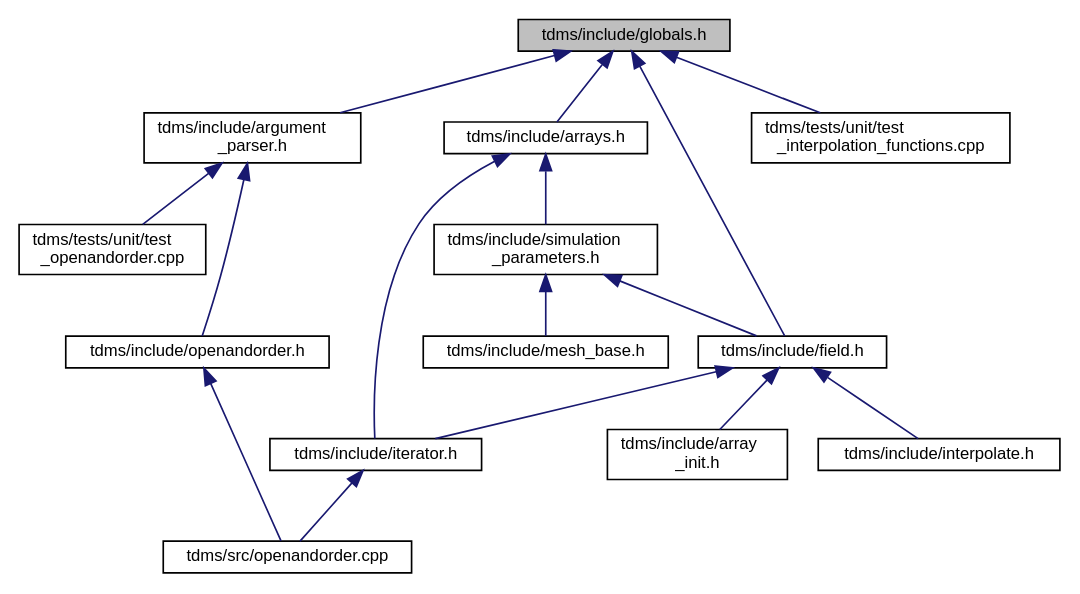
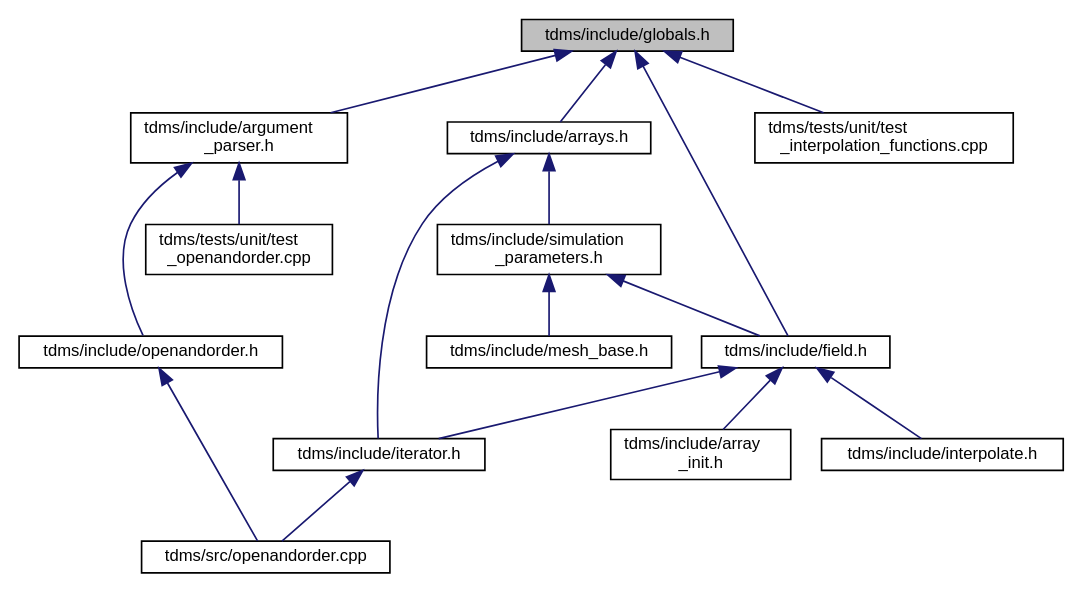
One commit to UCL/TDMS changed the diagram in globals_8h__dep__incl.dot. Above: the diagram before and after it, drawn with Graphviz. The commit also changed 324 other files, not shown here.

```diff
--- a/globals_8h__dep__incl.dot
+++ b/globals_8h__dep__incl.dot
@@ -1,34 +1,34 @@
 digraph "tdms/include/globals.h"
 {
  // LATEX_PDF_SIZE
   edge [fontname="Helvetica",fontsize="10",labelfontname="Helvetica",labelfontsize="10"];
   node [fontname="Helvetica",fontsize="10",shape=record];
   Node1 [label="tdms/include/globals.h",height=0.2,width=0.4,color="black", fillcolor="grey75", style="filled", fontcolor="black",tooltip="Type definitions and global constants."];
   Node1 -> Node2 [dir="back",color="midnightblue",fontsize="10",style="solid",fontname="Helvetica"];
   Node2 [label="tdms/include/argument\l_parser.h",height=0.2,width=0.4,color="black", fillcolor="white", style="filled",URL="$argument__parser_8h.html",tooltip="Parse the command line options."];
   Node2 -> Node3 [dir="back",color="midnightblue",fontsize="10",style="solid",fontname="Helvetica"];
   Node3 [label="tdms/include/openandorder.h",height=0.2,width=0.4,color="black", fillcolor="white", style="filled",URL="$openandorder_8h.html",tooltip="Launch TDMS and file IO."];
   Node3 -> Node4 [dir="back",color="midnightblue",fontsize="10",style="solid",fontname="Helvetica"];
   Node4 [label="tdms/src/openandorder.cpp",height=0.2,width=0.4,color="black", fillcolor="white", style="filled",URL="$openandorder_8cpp.html",tooltip="Launch and file IO."];
   Node2 -> Node5 [dir="back",color="midnightblue",fontsize="10",style="solid",fontname="Helvetica"];
   Node5 [label="tdms/tests/unit/test\l_openandorder.cpp",height=0.2,width=0.4,color="black", fillcolor="white", style="filled",URL="$test__openandorder_8cpp.html",tooltip="Tests of the argument parsing and file I/O."];
   Node1 -> Node6 [dir="back",color="midnightblue",fontsize="10",style="solid",fontname="Helvetica"];
   Node6 [label="tdms/include/arrays.h",height=0.2,width=0.4,color="black", fillcolor="white", style="filled",URL="$arrays_8h.html",tooltip="Classes describing arrays, vertices etc."];
   Node6 -> Node7 [dir="back",color="midnightblue",fontsize="10",style="solid",fontname="Helvetica"];
-  Node7 [label="tdms/include/simulation\l_parameters.h",height=0.2,width=0.4,color="black", fillcolor="white", style="filled",URL="$simulation__parameters_8h.html",tooltip="Classes collecting parameters for the simulation."];
-  Node7 -> Node8 [dir="back",color="midnightblue",fontsize="10",style="solid",fontname="Helvetica"];
-  Node8 [label="tdms/include/field.h",height=0.2,width=0.4,color="black", fillcolor="white", style="filled",URL="$field_8h.html",tooltip="Classes for the electric and magnetic (split) fields on a grid."];
+  Node7 [label="tdms/include/iterator.h",height=0.2,width=0.4,color="black", fillcolor="white", style="filled",URL="$iterator_8h.html",tooltip="The main time propogation algorithm."];
+  Node7 -> Node4 [dir="back",color="midnightblue",fontsize="10",style="solid",fontname="Helvetica"];
+  Node6 -> Node8 [dir="back",color="midnightblue",fontsize="10",style="solid",fontname="Helvetica"];
+  Node8 [label="tdms/include/simulation\l_parameters.h",height=0.2,width=0.4,color="black", fillcolor="white", style="filled",URL="$simulation__parameters_8h.html",tooltip="Classes collecting parameters for the simulation."];
   Node8 -> Node9 [dir="back",color="midnightblue",fontsize="10",style="solid",fontname="Helvetica"];
-  Node9 [label="tdms/include/array\l_init.h",height=0.2,width=0.4,color="black", fillcolor="white", style="filled",URL="$array__init_8h.html",tooltip="A collection of functions for array initialisation given MATLAB pointers."];
-  Node8 -> Node10 [dir="back",color="midnightblue",fontsize="10",style="solid",fontname="Helvetica"];
-  Node10 [label="tdms/include/interpolate.h",height=0.2,width=0.4,color="black", fillcolor="white", style="filled",URL="$interpolate_8h.html",tooltip="Interpolation of field values within FDTD grid."];
-  Node8 -> Node11 [dir="back",color="midnightblue",fontsize="10",style="solid",fontname="Helvetica"];
-  Node11 [label="tdms/include/iterator.h",height=0.2,width=0.4,color="black", fillcolor="white", style="filled",URL="$iterator_8h.html",tooltip="The main time propogation algorithm."];
-  Node11 -> Node4 [dir="back",color="midnightblue",fontsize="10",style="solid",fontname="Helvetica"];
-  Node7 -> Node12 [dir="back",color="midnightblue",fontsize="10",style="solid",fontname="Helvetica"];
+  Node9 [label="tdms/include/field.h",height=0.2,width=0.4,color="black", fillcolor="white", style="filled",URL="$field_8h.html",tooltip="Classes for the electric and magnetic (split) fields on a grid."];
+  Node9 -> Node10 [dir="back",color="midnightblue",fontsize="10",style="solid",fontname="Helvetica"];
+  Node10 [label="tdms/include/array\l_init.h",height=0.2,width=0.4,color="black", fillcolor="white", style="filled",URL="$array__init_8h.html",tooltip="A collection of functions for array initialisation given MATLAB pointers."];
+  Node9 -> Node11 [dir="back",color="midnightblue",fontsize="10",style="solid",fontname="Helvetica"];
+  Node11 [label="tdms/include/interpolate.h",height=0.2,width=0.4,color="black", fillcolor="white", style="filled",URL="$interpolate_8h.html",tooltip="Interpolation of field values within FDTD grid."];
+  Node9 -> Node7 [dir="back",color="midnightblue",fontsize="10",style="solid",fontname="Helvetica"];
+  Node8 -> Node12 [dir="back",color="midnightblue",fontsize="10",style="solid",fontname="Helvetica"];
   Node12 [label="tdms/include/mesh_base.h",height=0.2,width=0.4,color="black", fillcolor="white", style="filled",URL="$mesh__base_8h.html",tooltip="Generation of orientated mesh."];
-  Node6 -> Node11 [dir="back",color="midnightblue",fontsize="10",style="solid",fontname="Helvetica"];
-  Node1 -> Node8 [dir="back",color="midnightblue",fontsize="10",style="solid",fontname="Helvetica"];
+  Node1 -> Node9 [dir="back",color="midnightblue",fontsize="10",style="solid",fontname="Helvetica"];
   Node1 -> Node13 [dir="back",color="midnightblue",fontsize="10",style="solid",fontname="Helvetica"];
   Node13 [label="tdms/tests/unit/test\l_interpolation_functions.cpp",height=0.2,width=0.4,color="black", fillcolor="white", style="filled",URL="$test__interpolation__functions_8cpp.html",tooltip="Tests the performance of the interpolation functions, using 1D data mimicing a coordinate axes."];
 }
```
